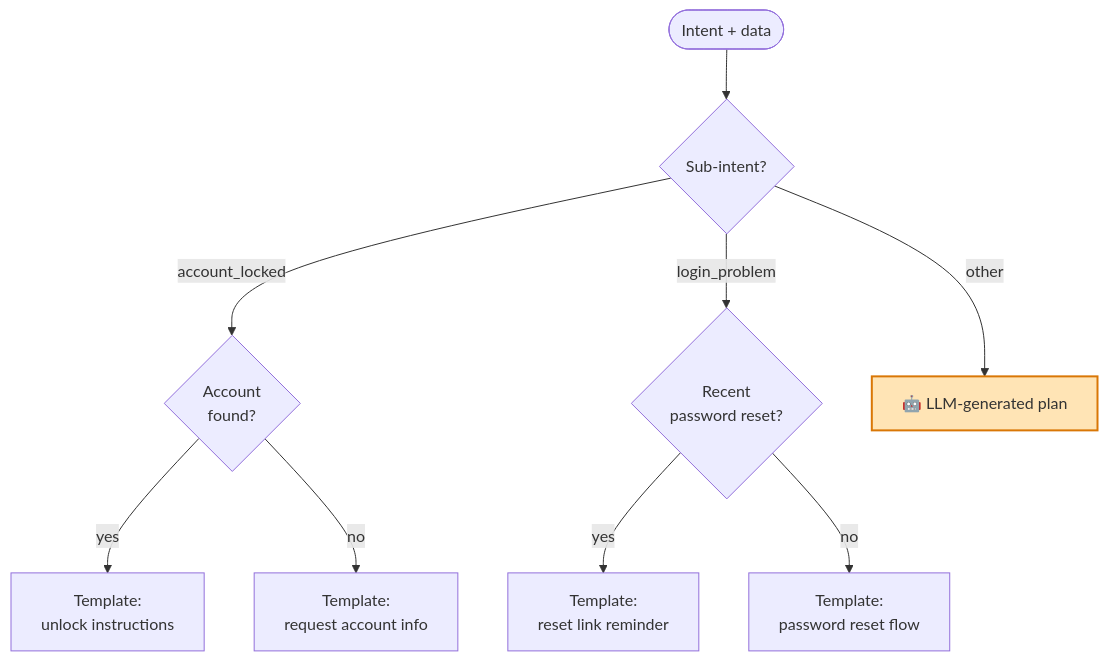
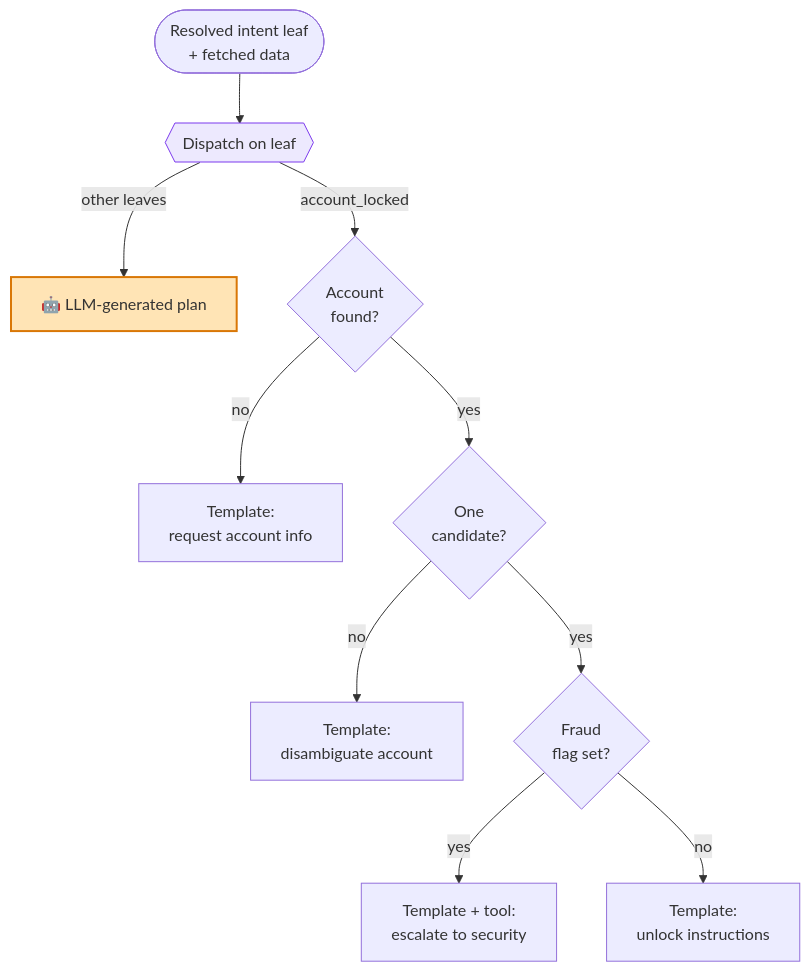
One commit to FridljDa/FridljDa.github.io changed the fifth of 5 diagrams in src/content/blog/first-level-support-automation.mdx. Above: the diagram before and after it, drawn with Mermaid. The commit also changed other lines of this file, not shown here.

Commit message:
fix: enhance clarity in plan generation section of first-level support automation documentation

````diff
--- a/src/content/blog/first-level-support-automation.mdx
+++ b/src/content/blog/first-level-support-automation.mdx
@@ -199,14 +199,16 @@
 ```mermaid
 flowchart TD
-    ROOT([Intent + data])
-    ROOT --> B1{Sub-intent?}
-    B1 -- account_locked --> B2{Account<br/>found?}
-    B2 -- yes --> L1[Template:<br/>unlock instructions]
-    B2 -- no --> L2[Template:<br/>request account info]
-    B1 -- login_problem --> B3{Recent<br/>password reset?}
-    B3 -- yes --> L3[Template:<br/>reset link reminder]
-    B3 -- no --> L4[Template:<br/>password reset flow]
-    B1 -- other --> L5[🤖 LLM-generated plan]
+    ROOT(["Resolved intent leaf<br/>+ fetched data"])
+    ROOT --> DISP{{Dispatch on leaf}}
+    DISP -- "other leaves" --> L5[🤖 LLM-generated plan]
+    DISP -- "account_locked" --> B1{Account<br/>found?}
+    B1 -- no --> L2[Template:<br/>request account info]
+    B1 -- yes --> B2{One<br/>candidate?}
+    B2 -- no --> L6[Template:<br/>disambiguate account]
+    B2 -- yes --> B3{Fraud<br/>flag set?}
+    B3 -- yes --> L7[Template + tool:<br/>escalate to security]
+    B3 -- no --> L1[Template:<br/>unlock instructions]
 
+    style DISP fill:#ede9fe,stroke:#7c3aed
     style L5 fill:#ffe4b5,stroke:#d97706,stroke-width:2px
 ```
````
